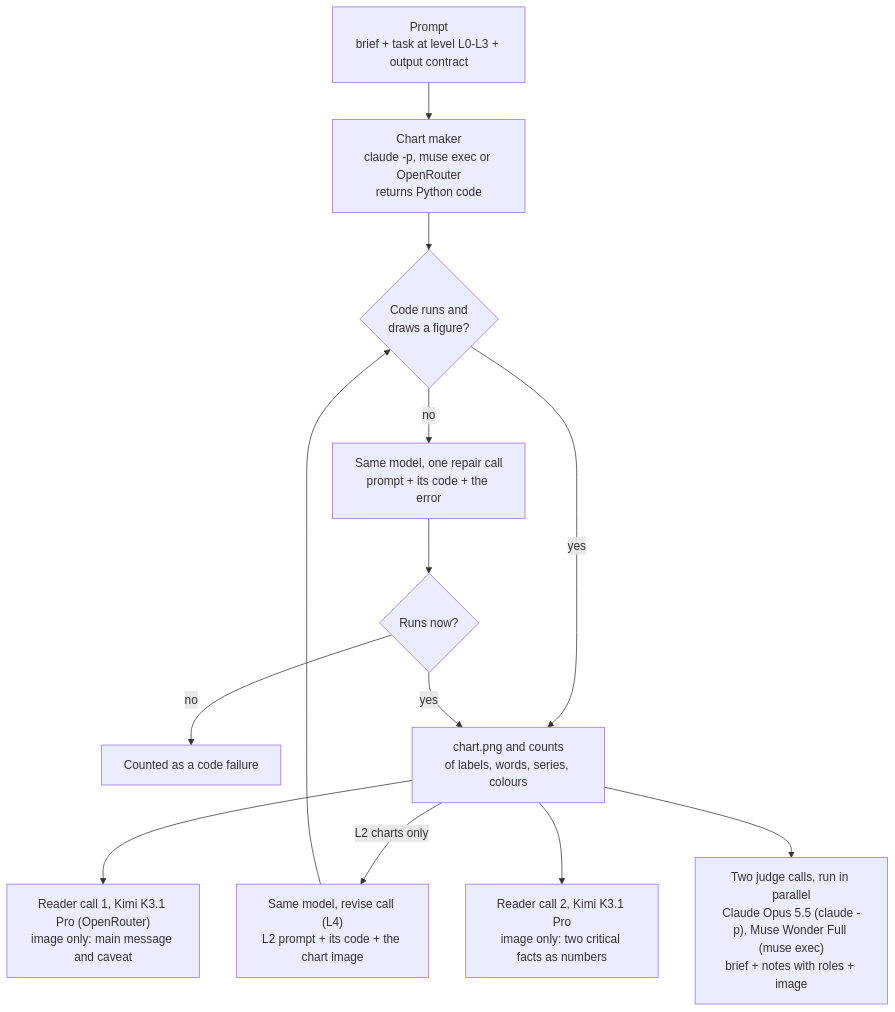
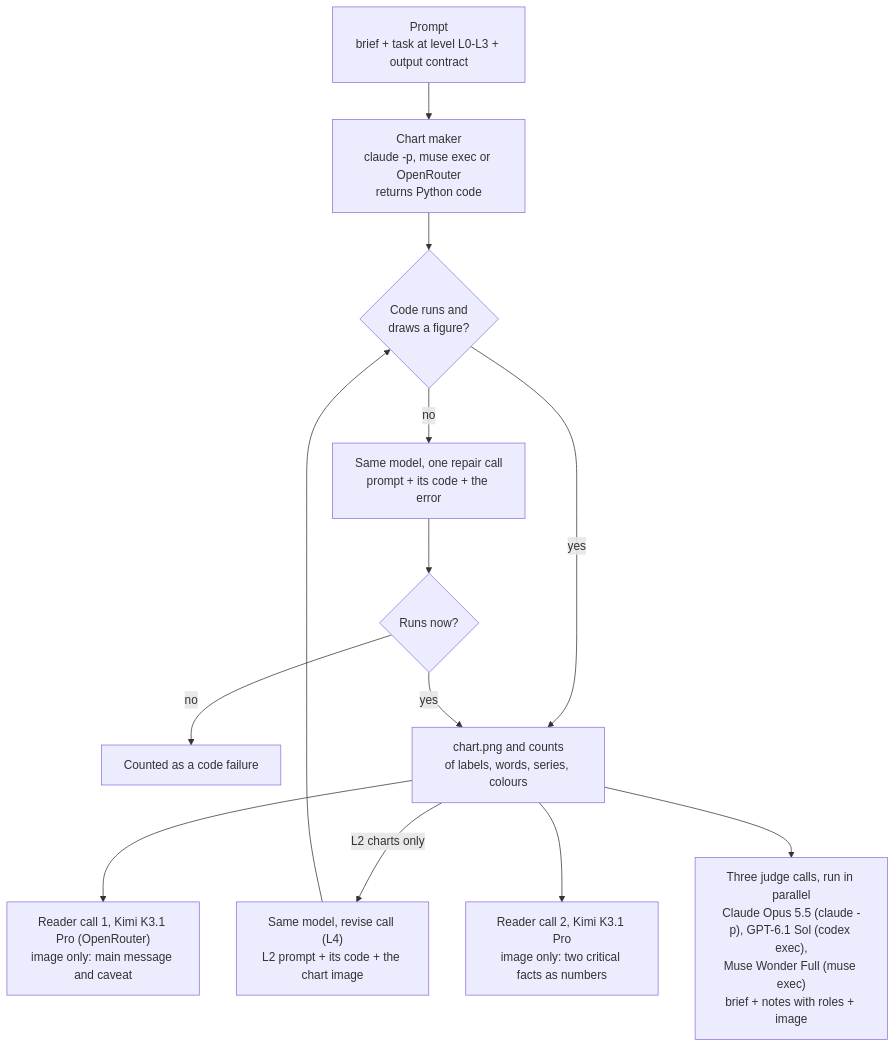
Before and after one commit to k-sandhu/experiment-notebooks: the second of 2 diagrams in notebooks/44-chart-overload/README.md, drawn with Mermaid. The commit also changed other lines of this file and 10 other files, not shown here.

First line of the commit message:
Notebook 44: add GPT-6.1 Sol as a third judge

````diff
--- a/notebooks/44-chart-overload/README.md
+++ b/notebooks/44-chart-overload/README.md
@@ -171,15 +172,15 @@
 ```mermaid
 flowchart TB
     P["Prompt<br/>brief + task at level L0-L3 + output contract"] --> M["Chart maker<br/>claude -p, muse exec or OpenRouter<br/>returns Python code"]
     M --> X{"Code runs and<br/>draws a figure?"}
     X -->|no| RP["Same model, one repair call<br/>prompt + its code + the error"]
     RP --> X2{"Runs now?"}
     X2 -->|no| F["Counted as a code failure"]
     X -->|yes| PNG["chart.png and counts<br/>of labels, words, series, colours"]
     X2 -->|yes| PNG
     PNG -->|"L2 charts only"| RV["Same model, revise call (L4)<br/>L2 prompt + its code + the chart image"]
     RV --> X
     PNG --> R1["Reader call 1, Kimi K3.1 Pro (OpenRouter)<br/>image only: main message and caveat"]
     PNG --> R2["Reader call 2, Kimi K3.1 Pro<br/>image only: two critical facts as numbers"]
-    PNG --> J["Two judge calls, run in parallel<br/>Claude Opus 5.5 (claude -p), Muse Wonder Full (muse exec)<br/>brief + notes with roles + image"]
+    PNG --> J["Three judge calls, run in parallel<br/>Claude Opus 5.5 (claude -p), GPT-6.1 Sol (codex exec),<br/>Muse Wonder Full (muse exec)<br/>brief + notes with roles + image"]
 ```
````
